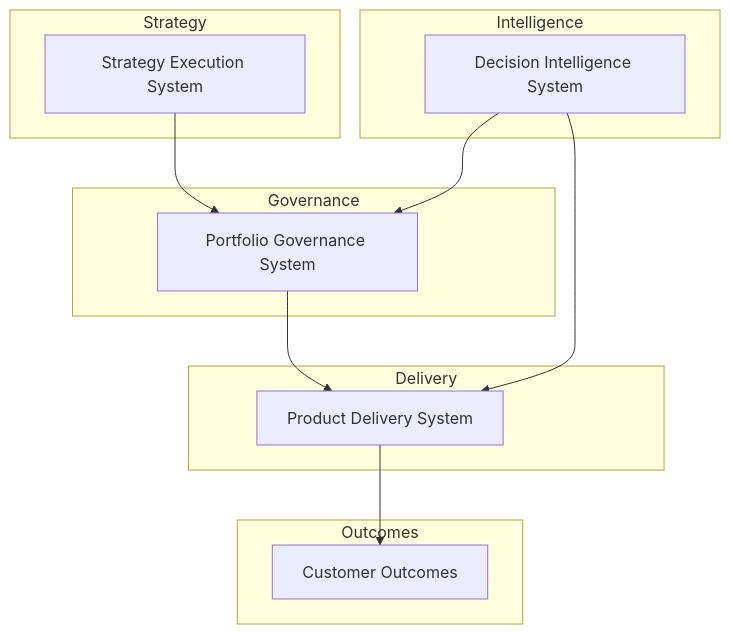
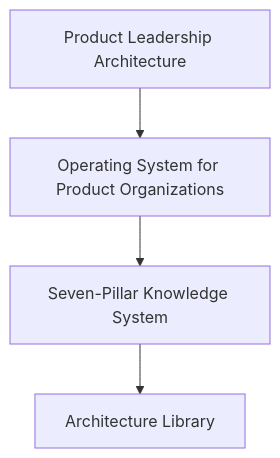
The fourth of 4 diagrams in README.md (ChuckFerrando/ChuckFerrando), drawn with Mermaid before and after one commit. The commit also changed other lines of this file, not shown here.

````diff
--- a/README.md
+++ b/README.md
@@ -153,30 +205,11 @@
 ```mermaid
 flowchart TB
+    A["Product Leadership Architecture"]
+    B["Operating System for Product Organizations"]
+    C["Seven-Pillar Knowledge System"]
+    D["Architecture Library"]
 
-subgraph Strategy
-A[Strategy Execution System]
-end
-
-subgraph Governance
-B[Portfolio Governance System]
-end
-
-subgraph Delivery
-C[Product Delivery System]
-end
-
-subgraph Outcomes
-D[Customer Outcomes]
-end
-
-subgraph Intelligence
-E[Decision Intelligence System]
-end
-
-A --> B
-B --> C
-C --> D
-
-E --> B
-E --> C
+    A --> B
+    B --> C
+    C --> D
 ```
````
